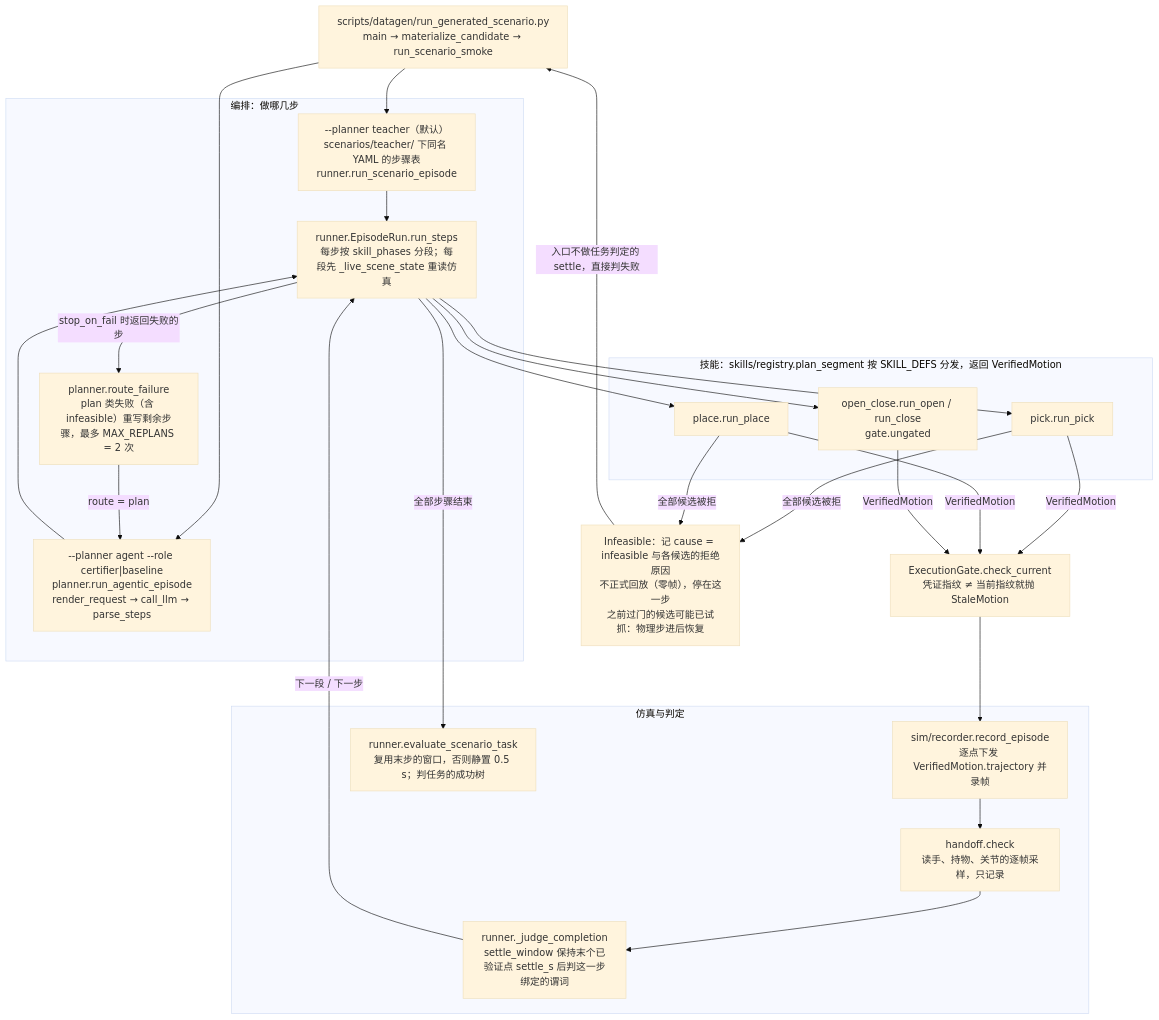
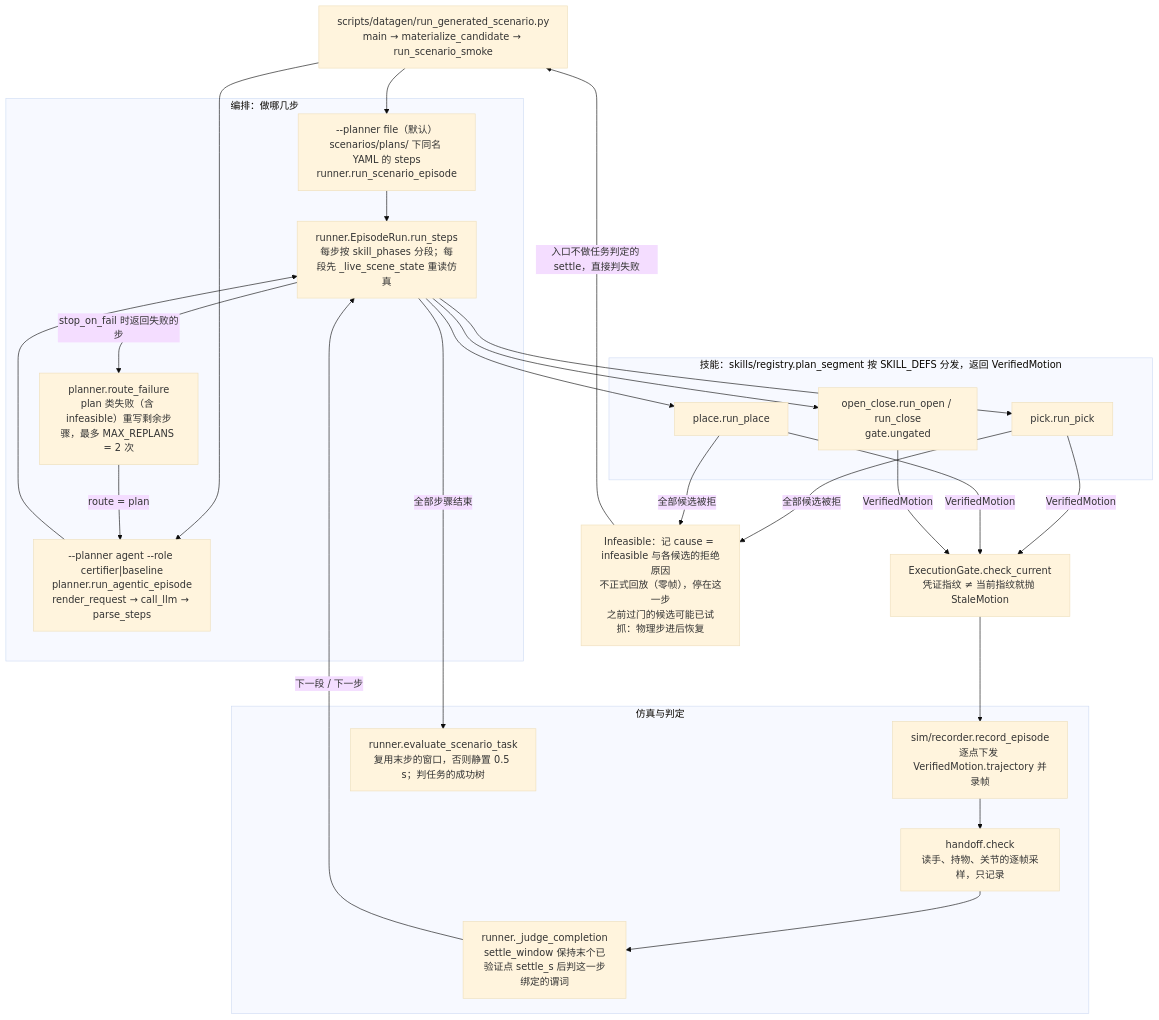
Before and after one commit to ZJLi2013/RoboSmith: the first of 2 diagrams in docs/call-chain.md, drawn with Mermaid (base theme). The commit also changed other lines of this file and 9 other files, not shown here.

````diff
--- a/docs/call-chain.md
+++ b/docs/call-chain.md
@@ -11,39 +11,39 @@
 ```mermaid
 flowchart TD
     CLI["scripts/datagen/run_generated_scenario.py<br/>main → materialize_candidate → run_scenario_smoke"]
 
     subgraph ORCH["编排：做哪几步"]
-        T["--planner teacher（默认）<br/>scenarios/teacher/ 下同名 YAML 的步骤表<br/>runner.run_scenario_episode"]
+        T["--planner file（默认）<br/>scenarios/plans/ 下同名 YAML 的 steps<br/>runner.run_scenario_episode"]
         A["--planner agent --role certifier|baseline<br/>planner.run_agentic_episode<br/>render_request → call_llm → parse_steps"]
         RF["planner.route_failure<br/>plan 类失败（含 infeasible）重写剩余步骤，最多 MAX_REPLANS = 2 次"]
         RUN["runner.EpisodeRun.run_steps<br/>每步按 skill_phases 分段；每段先 _live_scene_state 重读仿真"]
     end
 
     subgraph SKILL["技能：skills/registry.plan_segment 按 SKILL_DEFS 分发，返回 VerifiedMotion"]
         PICK["pick.run_pick"]
         PLACE["place.run_place"]
         OC["open_close.run_open / run_close<br/>gate.ungated"]
     end
 
     INF["Infeasible：记 cause = infeasible 与各候选的拒绝原因<br/>不正式回放（零帧），停在这一步<br/>之前过门的候选可能已试抓：物理步进后恢复"]
     CUR["ExecutionGate.check_current<br/>凭证指纹 ≠ 当前指纹就抛 StaleMotion"]
 
     subgraph SIM["仿真与判定"]
         REC["sim/recorder.record_episode<br/>逐点下发 VerifiedMotion.trajectory 并录帧"]
         HO["handoff.check<br/>读手、持物、关节的逐帧采样，只记录"]
         JC["runner._judge_completion<br/>settle_window 保持末个已验证点 settle_s 后判这一步绑定的谓词"]
         TASK["runner.evaluate_scenario_task<br/>复用末步的窗口，否则静置 0.5 s；判任务的成功树"]
     end
 
     CLI --> T & A
     T --> RUN
     A --> RUN
     RUN -->|stop_on_fail 时返回失败的步| RF
     RF -->|route = plan| A
     RUN --> PICK & PLACE & OC
     PICK & PLACE -->|全部候选被拒| INF
     PICK & PLACE & OC -->|VerifiedMotion| CUR --> REC
     REC --> HO --> JC -->|下一段 / 下一步| RUN
     RUN -->|全部步骤结束| TASK
     INF -->|入口不做任务判定的 settle，直接判失败| CLI
 ```
````
